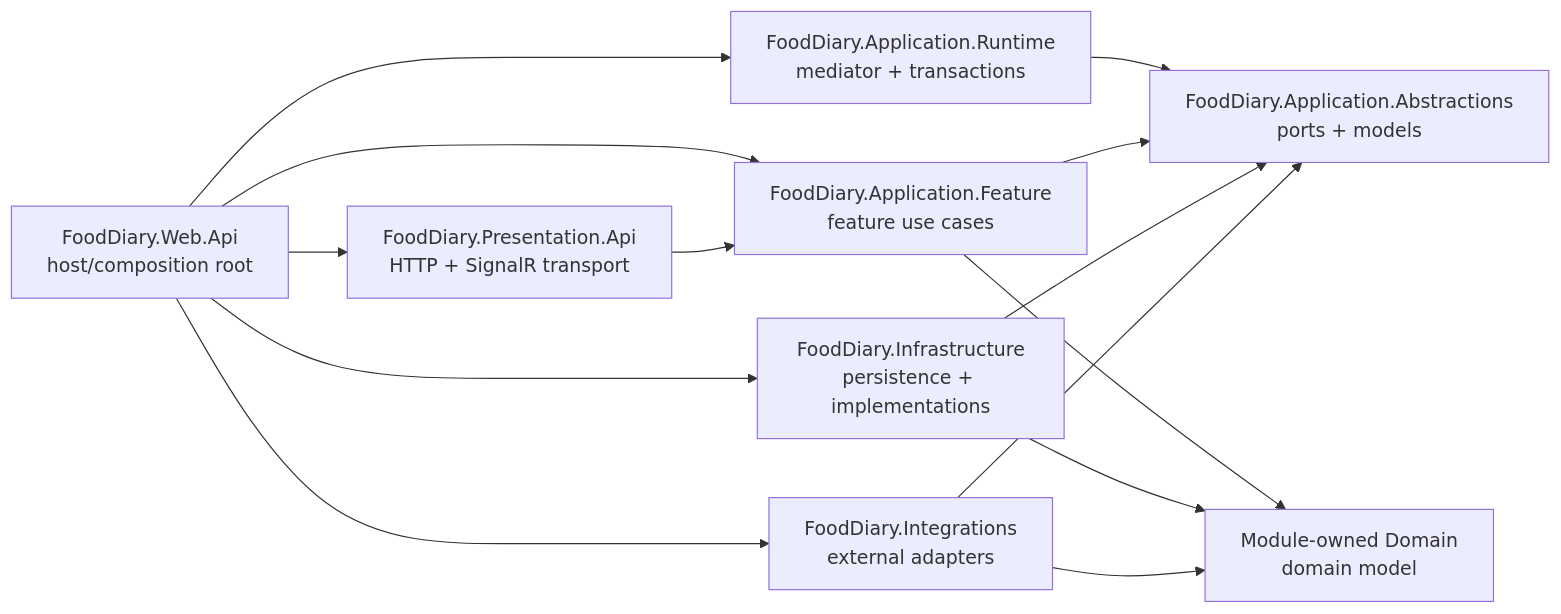
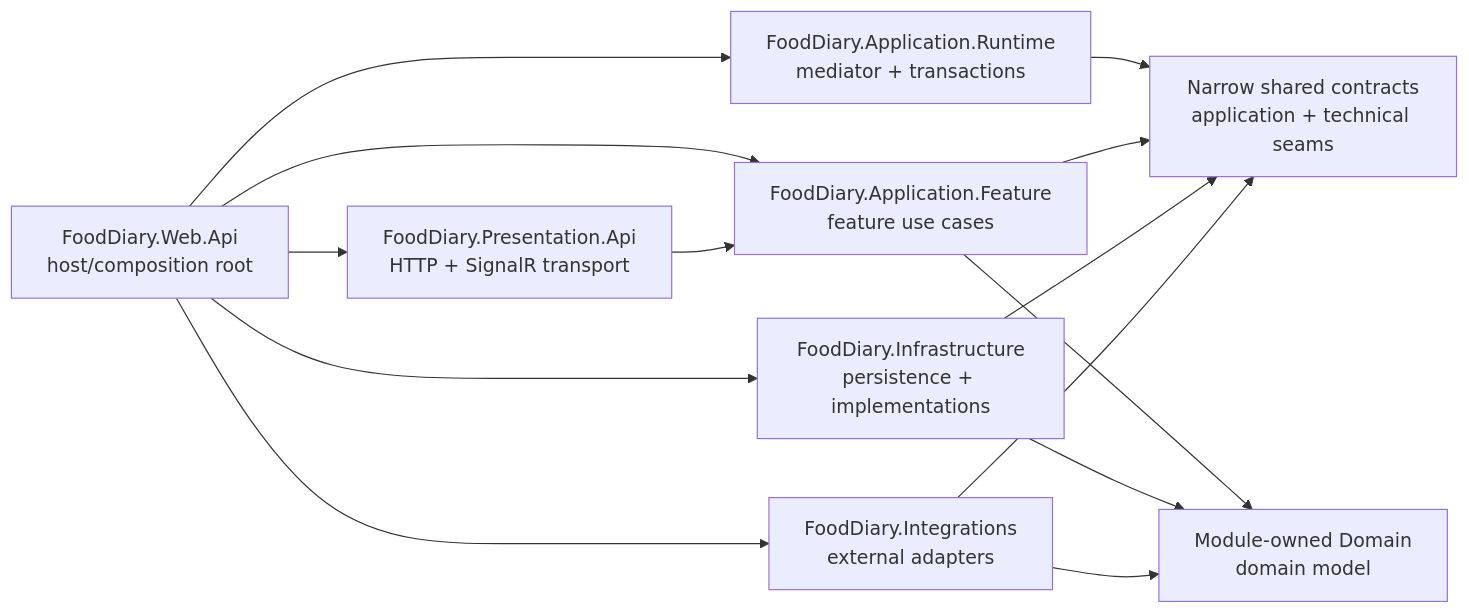
One commit to alexindima/food-diary changed the first of 2 diagrams in docs/ARCHITECTURE.md. Above: the diagram before and after it, drawn with Mermaid. The commit also changed other lines of this file and 413 other files, not shown here.

Commit message:
refactor: retire central application abstractions

````diff
--- a/docs/ARCHITECTURE.md
+++ b/docs/ARCHITECTURE.md
@@ -41,16 +41,16 @@
 ```mermaid
 flowchart LR
     WebApi["FoodDiary.Web.Api\nhost/composition root"] --> Presentation["FoodDiary.Presentation.Api\nHTTP + SignalR transport"]
     WebApi --> Runtime["FoodDiary.Application.Runtime\nmediator + transactions"]
     WebApi --> Modules["FoodDiary.Application.Feature\nfeature use cases"]
     WebApi --> Infrastructure["FoodDiary.Infrastructure\npersistence + implementations"]
     WebApi --> Integrations["FoodDiary.Integrations\nexternal adapters"]
     Presentation --> Modules
-    Runtime --> Abstractions["FoodDiary.Application.Abstractions\nports + models"]
-    Modules --> Abstractions
+    Runtime --> Contracts["Narrow shared contracts\napplication + technical seams"]
+    Modules --> Contracts
     Modules --> Domain["Module-owned Domain\ndomain model"]
-    Infrastructure --> Abstractions
+    Infrastructure --> Contracts
     Infrastructure --> Domain
-    Integrations --> Abstractions
+    Integrations --> Contracts
     Integrations --> Domain
 ```
````
